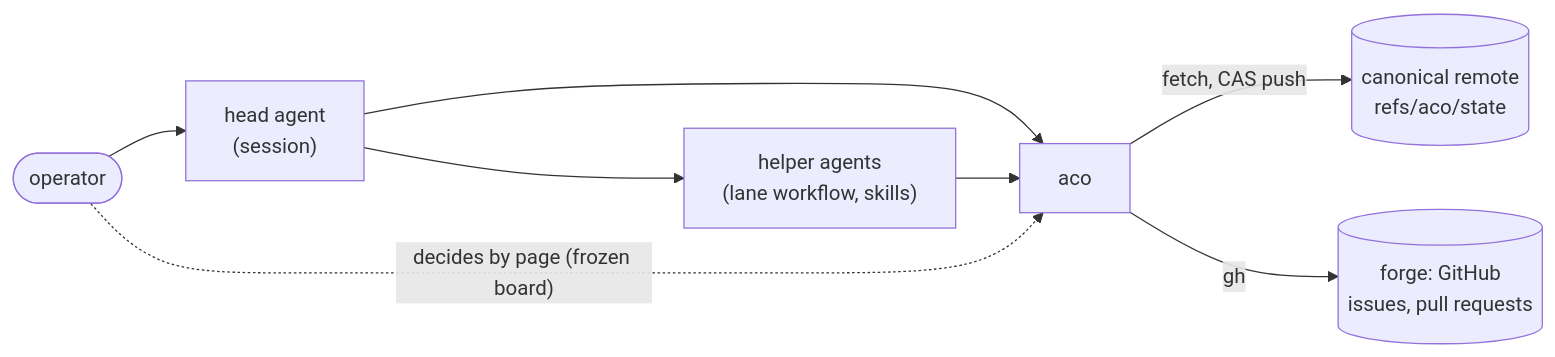
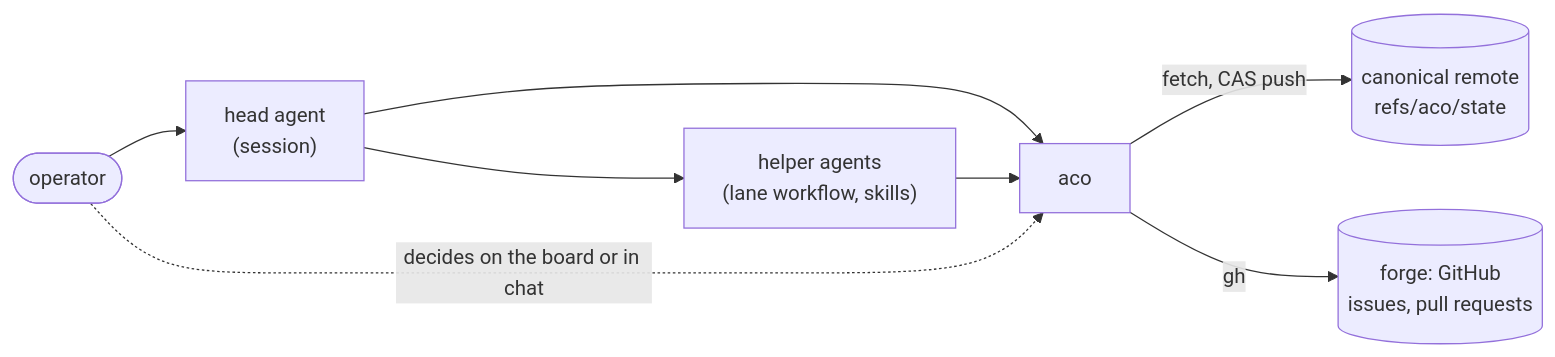
One commit to overnightworks/aco changed the first of 3 diagrams in docs/ARCHITECTURE.md. Above: the diagram before and after it, drawn with Mermaid. The commit also changed other lines of this file and 2 other files, not shown here.

````diff
--- a/docs/ARCHITECTURE.md
+++ b/docs/ARCHITECTURE.md
@@ -13,10 +13,10 @@
 ```mermaid
 flowchart LR
     Operator(["operator"]) --> Head["head agent<br/>(session)"]
     Head --> Helper["helper agents<br/>(lane workflow, skills)"]
     Head --> ACO["aco"]
     Helper --> ACO
-    Operator -.->|"decides by page (frozen board)"| ACO
+    Operator -.->|"decides on the board or in chat"| ACO
     ACO -->|"fetch, CAS push"| Remote[("canonical remote<br/>refs/aco/state")]
     ACO -->|"gh"| Forge[("forge: GitHub<br/>issues, pull requests")]
 ```
````
